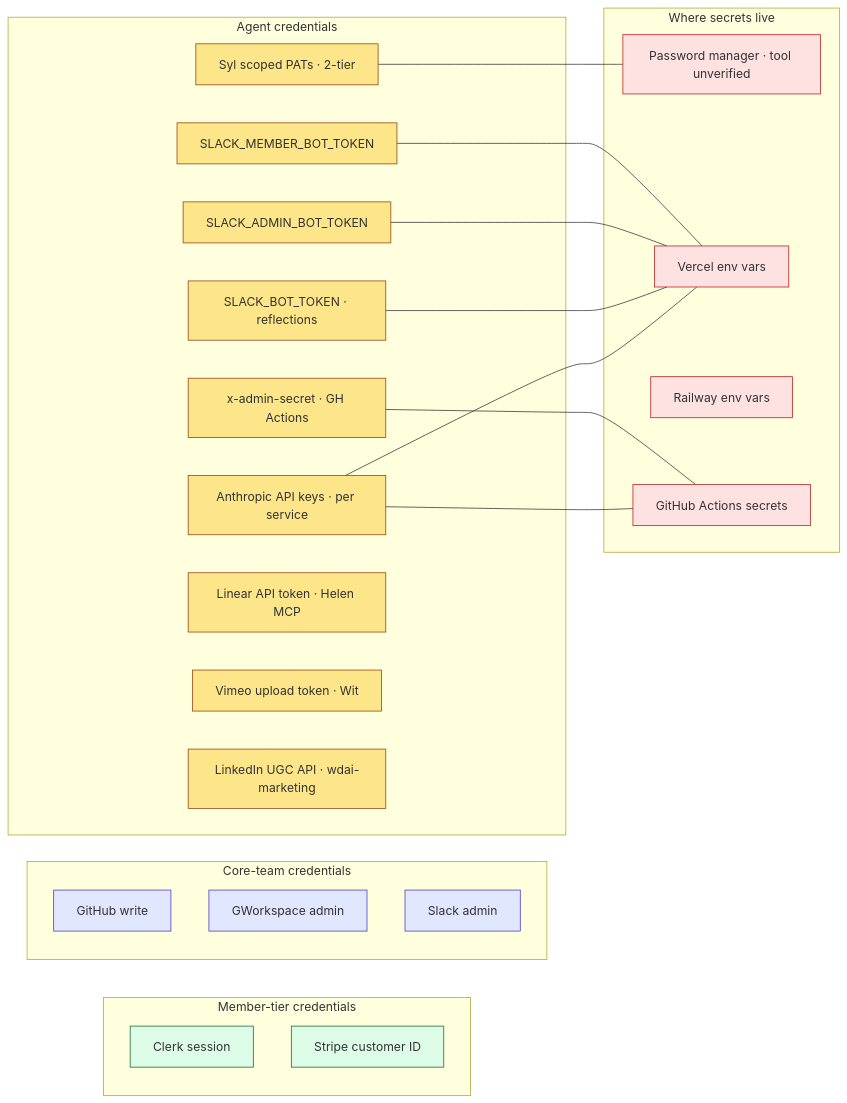
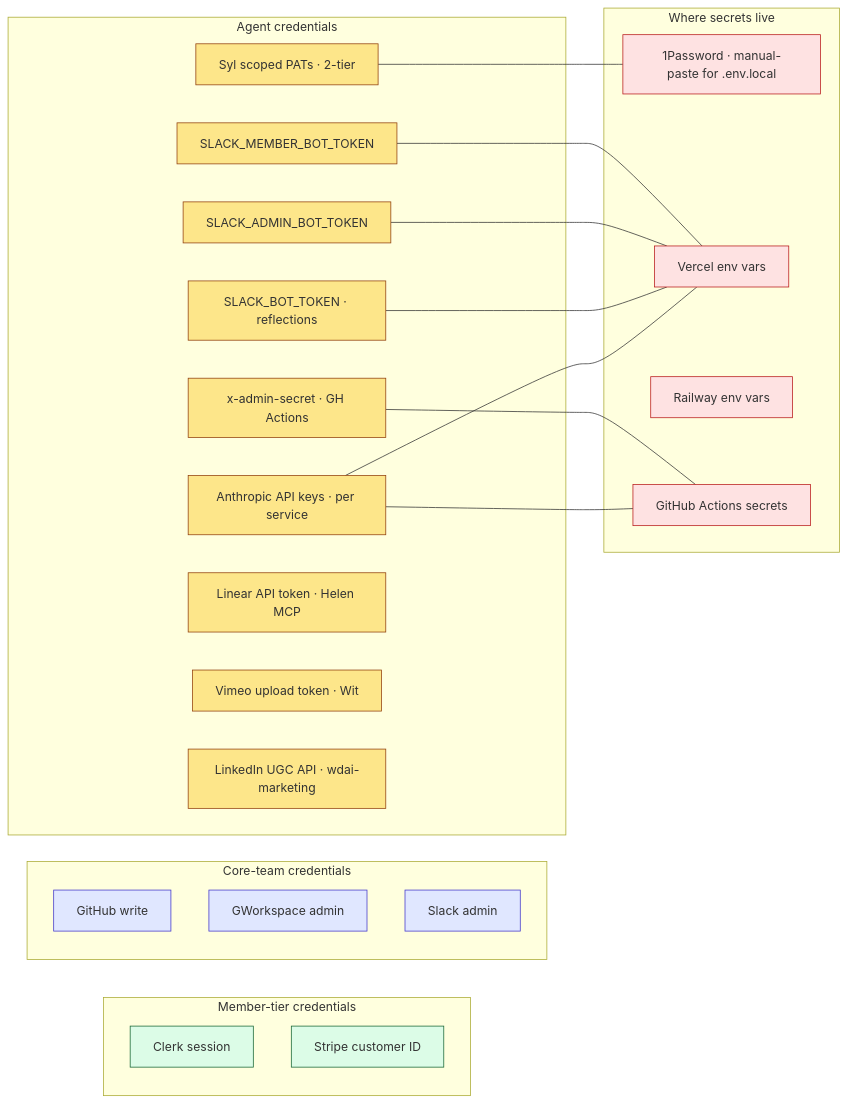
Before and after one commit to mgbotoe/agents: the seventh of 12 diagrams in dev-agent/design/team-os/pass-1/01-system-context.md, drawn with Mermaid. The commit also changed other lines of this file and 1 other file, not shown here.

First line of the commit message:
team-os: Pass 1 — Drive process layer (tiered drives, /commit volunteer flow, 1Password verified)

````diff
--- a/dev-agent/design/team-os/pass-1/01-system-context.md
+++ b/dev-agent/design/team-os/pass-1/01-system-context.md
@@ -576,50 +576,50 @@
 ```mermaid
 flowchart LR
     subgraph MemberAccess[Member-tier credentials]
         ClerkTok[Clerk session]
         StripeCust[Stripe customer ID]
     end
 
     subgraph CoreAccess[Core-team credentials]
         GHWrite[GitHub write]
         GWAdmin[GWorkspace admin]
         SLAdmin[Slack admin]
     end
 
     subgraph AgentCreds[Agent credentials]
         SylPAT[Syl scoped PATs · 2-tier]
         SlackMember[SLACK_MEMBER_BOT_TOKEN]
         SlackAdmin[SLACK_ADMIN_BOT_TOKEN]
         SlackRefl[SLACK_BOT_TOKEN · reflections]
         AdminSecret[x-admin-secret · GH Actions]
         AnthropicKeys[Anthropic API keys · per service]
         LinearAPI[Linear API token · Helen MCP]
         VimeoToken[Vimeo upload token · Wit]
         LinkedInToken[LinkedIn UGC API · wdai-marketing]
     end
 
     subgraph Storage[Where secrets live]
-        OnePassword[Password manager · tool unverified]
+        OnePassword[1Password · manual-paste for .env.local]
         VercelEnv[Vercel env vars]
         RailwayEnv[Railway env vars]
         GHSecrets[GitHub Actions secrets]
     end
 
     SylPAT --- OnePassword
     SlackMember --- VercelEnv
     SlackAdmin --- VercelEnv
     SlackRefl --- VercelEnv
     AdminSecret --- GHSecrets
     AnthropicKeys --- VercelEnv
     AnthropicKeys --- GHSecrets
 
     classDef mem fill:#dcfce7,stroke:#166534
     classDef core fill:#e0e7ff,stroke:#4338ca
     classDef agent fill:#fde68a,stroke:#92400e
     classDef store fill:#fee2e2,stroke:#b91c1c
 
     class ClerkTok,StripeCust mem
     class GHWrite,GWAdmin,SLAdmin core
     class SylPAT,SlackMember,SlackAdmin,SlackRefl,AdminSecret,AnthropicKeys,LinearAPI,VimeoToken,LinkedInToken agent
     class OnePassword,VercelEnv,RailwayEnv,GHSecrets store
 ```
````
